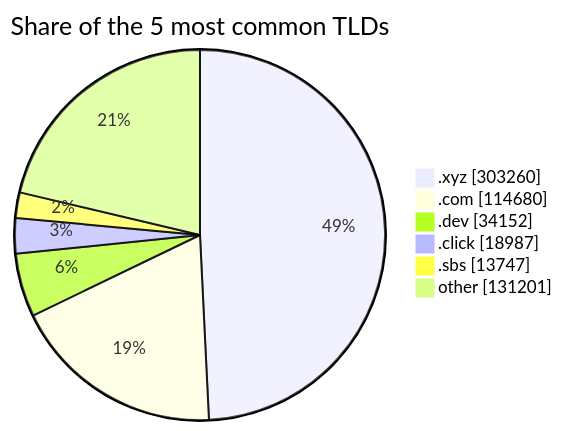
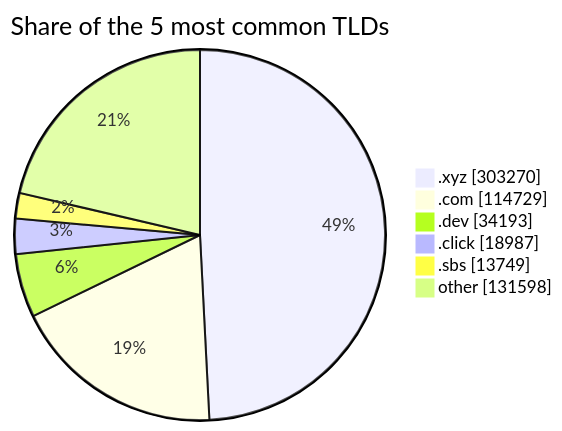
The third of 3 diagrams in README.md (DNSBunker/CTI), drawn with Mermaid before and after one commit. The commit also changed other lines of this file and 3 other files, not shown here.

````diff
--- a/README.md
+++ b/README.md
@@ -81,9 +81,9 @@
 ```mermaid
 pie showData title Share of the 5 most common TLDs
-    ".xyz" : 303260
-    ".com" : 114680
-    ".dev" : 34152
+    ".xyz" : 303270
+    ".com" : 114729
+    ".dev" : 34193
     ".click" : 18987
-    ".sbs" : 13747
-    "other" : 131201
+    ".sbs" : 13749
+    "other" : 131598
 ```
````
